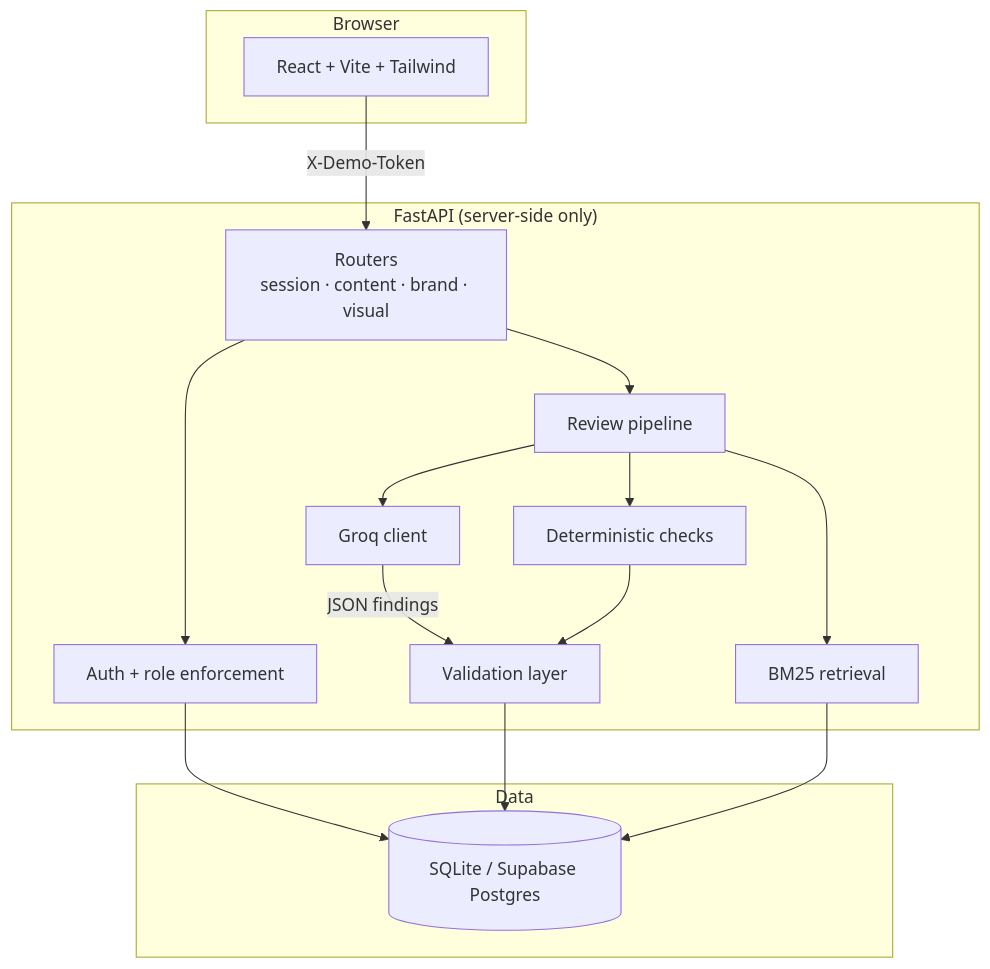
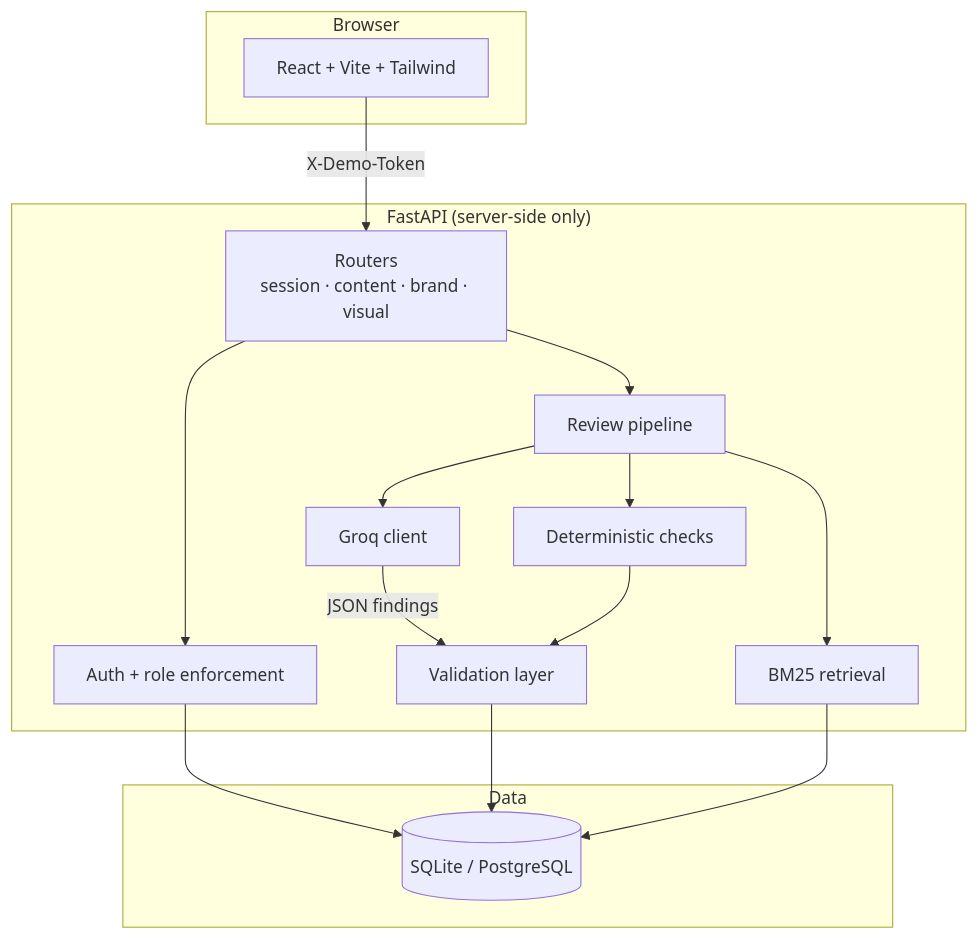
One commit to krishnabhatiadesigns/BrandShield changed the diagram in README.md. Above: the diagram before and after it, drawn with Mermaid. The commit also changed other lines of this file and 29 other files, not shown here.

````diff
--- a/README.md
+++ b/README.md
@@ -79,32 +100,32 @@
 ```mermaid
 flowchart TB
     subgraph Browser
         UI[React + Vite + Tailwind]
     end
 
     subgraph Server["FastAPI (server-side only)"]
         API[Routers<br/>session · content · brand · visual]
         AUTH[Auth + role enforcement]
         PIPE[Review pipeline]
         DET[Deterministic checks]
         RET[BM25 retrieval]
         LLM[Groq client]
         VAL[Validation layer]
     end
 
     subgraph Data
-        DB[(SQLite / Supabase Postgres)]
+        DB[(SQLite / PostgreSQL)]
     end
 
     UI -->|X-Demo-Token| API
     API --> AUTH
     AUTH --> DB
     API --> PIPE
     PIPE --> DET
     PIPE --> RET
     PIPE --> LLM
     LLM -->|JSON findings| VAL
     DET --> VAL
     VAL --> DB
     RET --> DB
 ```
````
